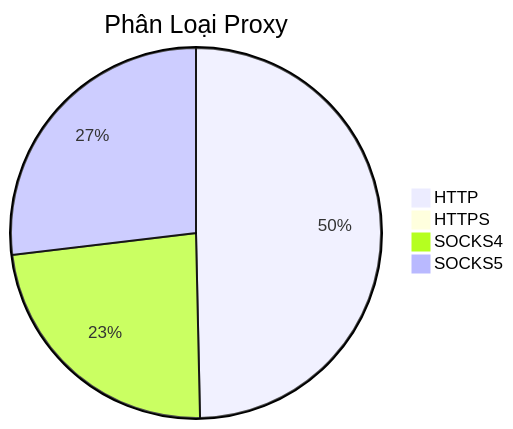
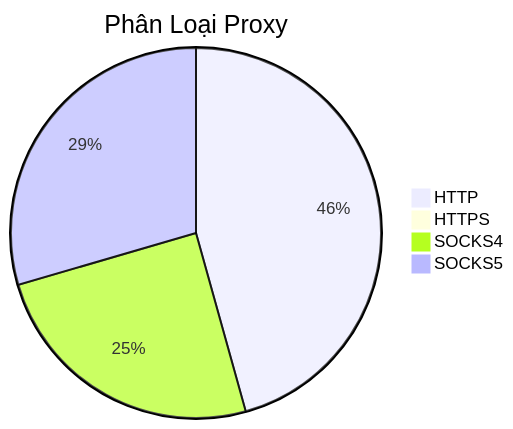
Before and after one commit to Ciara-12/PROXY-free: the diagram in README.md, drawn with Mermaid. The commit also changed other lines of this file and 4 other files, not shown here.

````diff
--- a/README.md
+++ b/README.md
@@ -26,7 +26,7 @@
 ```mermaid
 pie title Phân Loại Proxy
-    "HTTP" : 927
-    "HTTPS" : 1
-    "SOCKS4" : 438
-    "SOCKS5" : 502
+    "HTTP" : 786
+    "HTTPS" : 3
+    "SOCKS4" : 427
+    "SOCKS5" : 508
 ```
````
